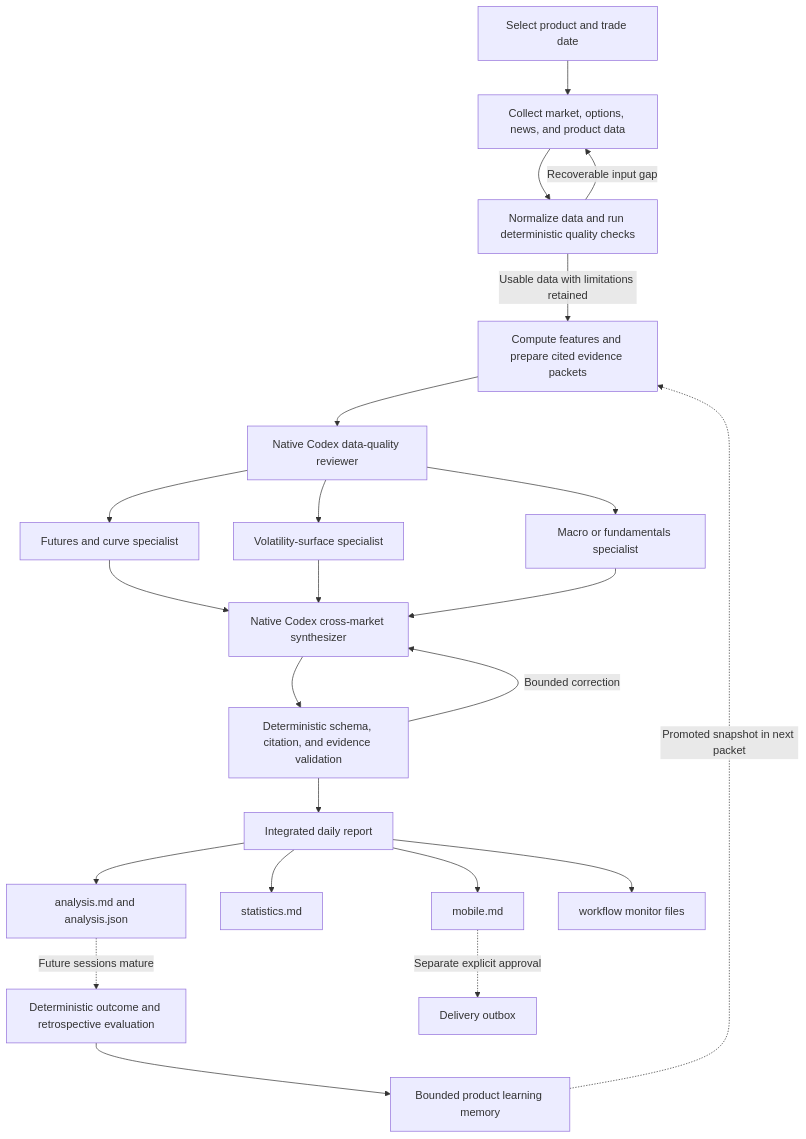
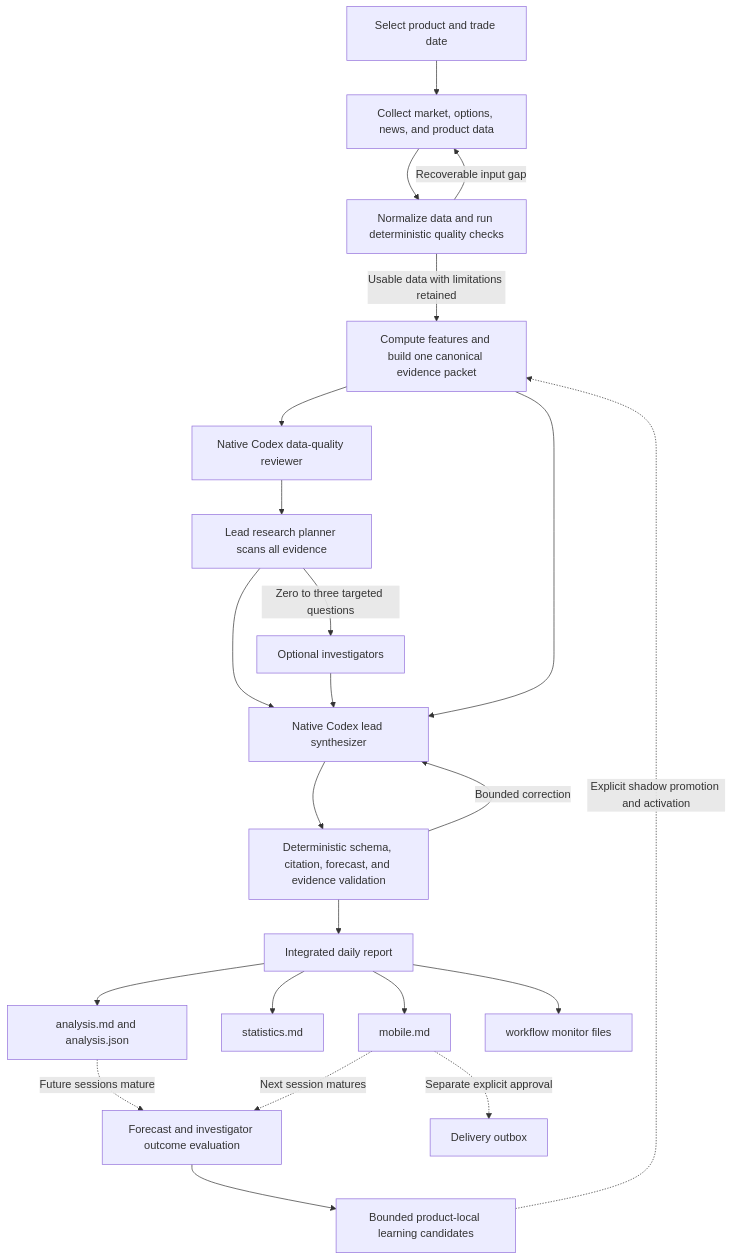
One commit to fangxuyi/curvelens-core changed the diagram in README.md. Above: the diagram before and after it, drawn with Mermaid. The commit also changed other lines of this file, not shown here.

Commit message:
Update README for investigator workflow

````diff
--- a/README.md
+++ b/README.md
@@ -30,29 +30,28 @@
 ```mermaid
 flowchart TD
     A[Select product and trade date] --> B[Collect market, options, news, and product data]
     B --> C[Normalize data and run deterministic quality checks]
     C -->|Recoverable input gap| B
-    C -->|Usable data with limitations retained| D[Compute features and prepare cited evidence packets]
+    C -->|Usable data with limitations retained| D[Compute features and build one canonical evidence packet]
 
     D --> Q[Native Codex data-quality reviewer]
-    Q --> F[Futures and curve specialist]
-    Q --> V[Volatility-surface specialist]
-    Q --> P[Macro or fundamentals specialist]
+    Q --> P[Lead research planner scans all evidence]
+    P -->|Zero to three targeted questions| I[Optional investigators]
+    P --> S[Native Codex lead synthesizer]
+    I --> S
+    D --> S
 
-    F --> S[Native Codex cross-market synthesizer]
-    V --> S
-    P --> S
-
-    S --> G[Deterministic schema, citation, and evidence validation]
+    S --> G[Deterministic schema, citation, forecast, and evidence validation]
     G -->|Bounded correction| S
     G --> R[Integrated daily report]
 
     R --> O1[analysis.md and analysis.json]
     R --> O2[statistics.md]
     R --> O3[mobile.md]
     R --> O4[workflow monitor files]
-    O1 -. Future sessions mature .-> L1[Deterministic outcome and retrospective evaluation]
-    L1 --> L2[Bounded product learning memory]
-    L2 -. Promoted snapshot in next packet .-> D
+    O1 -. Future sessions mature .-> L1[Forecast and investigator outcome evaluation]
+    O3 -. Next session matures .-> L1
+    L1 --> L2[Bounded product-local learning candidates]
+    L2 -. Explicit shadow promotion and activation .-> D
     O3 -. Separate explicit approval .-> O5[Delivery outbox]
 ```
````
